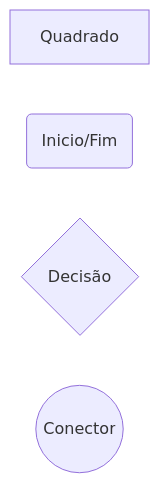
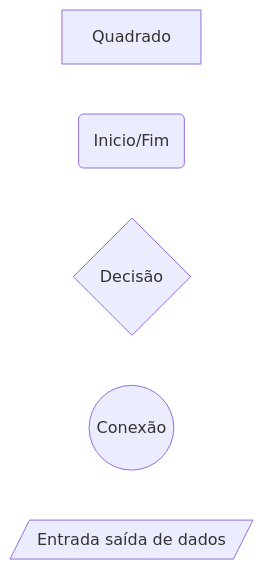
Before and after one commit to BackFront/trade: the third of 3 diagrams in docs/.stackedit-trash/Welcome file.md, drawn with Mermaid. The commit also changed other lines of this file, not shown here.

Commit message:
docs/.stackedit-trash/Welcome file.md updated from https://stackedit.io/

````diff
--- a/docs/.stackedit-trash/Welcome file.md
+++ b/docs/.stackedit-trash/Welcome file.md
@@ -145,8 +145,9 @@
 ```mermaid
 graph LR
 
 A[Quadrado]
 B(Inicio/Fim)
 C{Decisão}
-D((Conector))
+D((Conexão))
+E[/Entrada saída de dados /]
 ```
````
